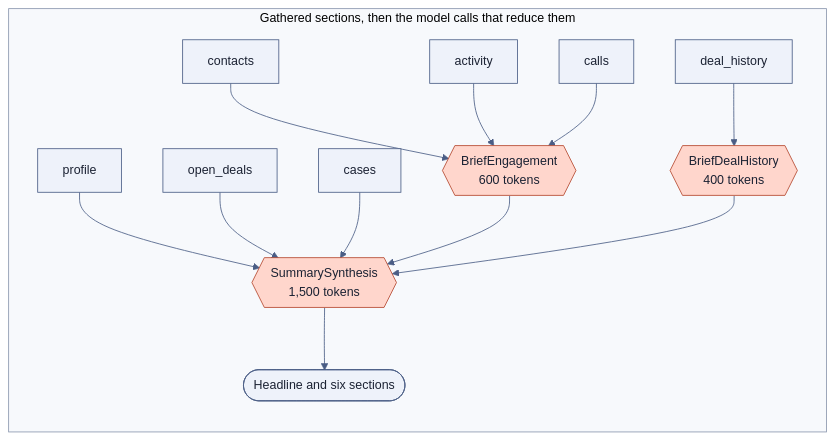
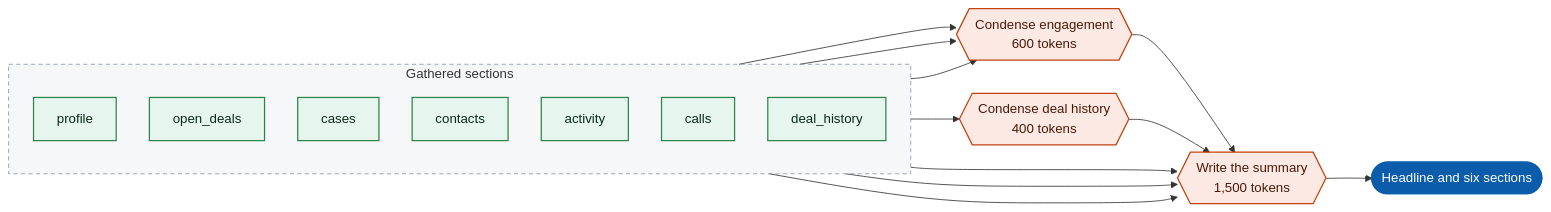
Before and after one commit to nelsben/generic-agent: the third of 3 diagrams in docs/patterns/01-route-gather-reduce.md, drawn with Mermaid. The commit also changed other lines of this file and 4 other files, not shown here.

First line of the commit message:
Diagrams: GitHub-adaptive style, checked rules, page 01 restyled (#302)

````diff
--- a/docs/patterns/01-route-gather-reduce.md
+++ b/docs/patterns/01-route-gather-reduce.md
@@ -176,18 +193,40 @@
 ```mermaid
-%%{init: {"theme": "base", "themeVariables": {"fontFamily": "-apple-system, BlinkMacSystemFont, Segoe UI, Helvetica, Arial, sans-serif", "fontSize": "15px", "primaryColor": "#EEF2FA", "primaryBorderColor": "#4A5D85", "primaryTextColor": "#1B2233", "secondaryColor": "#F4F6F9", "tertiaryColor": "#FFFFFF", "lineColor": "#4A5D85", "textColor": "#1B2233", "actorBkg": "#EEF2FA", "actorBorder": "#4A5D85", "actorTextColor": "#1B2233", "actorLineColor": "#8A96AD", "signalColor": "#4A5D85", "signalTextColor": "#1B2233", "labelBoxBkgColor": "#FFFFFF", "labelBoxBorderColor": "#4A5D85", "labelTextColor": "#1B2233", "loopTextColor": "#1B2233", "noteBkgColor": "#FFFFFF", "noteBorderColor": "#8A96AD", "noteTextColor": "#1B2233", "sequenceNumberColor": "#FFFFFF", "activationBkgColor": "#DDE4F2", "activationBorderColor": "#4A5D85", "clusterBkg": "#F7F9FC", "clusterBorder": "#8A96AD", "edgeLabelBackground": "#FFFFFF"}}}%%
+---
+config:
+  layout: dagre
+  flowchart:
+    curve: basis
+    nodeSpacing: 40
+    rankSpacing: 55
+    wrappingWidth: 220
+    padding: 14
+---
 flowchart LR
-    subgraph RS["Gathered sections, then the model calls that reduce them"]
-        P["profile"] --> SY
-        OD["open_deals"] --> SY
-        C["cases"] --> SY
-        CT["contacts"] --> EN
-        AC["activity"] --> EN
-        CA["calls"] --> EN
-        DH["deal_history"] --> DHP
-        EN{{"BriefEngagement<br/>600 tokens"}} --> SY
-        DHP{{"BriefDealHistory<br/>400 tokens"}} --> SY
-        SY{{"SummarySynthesis<br/>1,500 tokens"}} --> OUT(["Headline and six sections"])
+    subgraph IN["Gathered sections"]
+        direction TB
+        P["profile"]
+        OD["open_deals"]
+        C["cases"]
+        CT["contacts"]
+        AC["activity"]
+        CA["calls"]
+        DH["deal_history"]
     end
-    classDef model fill:#FFD6CC,stroke:#B5482E,color:#1B2233
+    EN{{"Condense engagement<br/>600 tokens"}}
+    DHP{{"Condense deal history<br/>400 tokens"}}
+    SY{{"Write the summary<br/>1,500 tokens"}}
+    OUT(["Headline and six sections"])
+    CT & AC & CA --> EN
+    DH --> DHP
+    P & OD & C --> SY
+    EN & DHP --> SY
+    SY --> OUT
+    classDef core fill:#0B5CAB,stroke:#0B5CAB,color:#FFFFFF,stroke-width:1.5px
+    classDef apex fill:#E6F6EE,stroke:#2E844A,color:#0B2A1A,stroke-width:1.5px
+    classDef model fill:#FDE9E3,stroke:#C2410C,color:#4A1A08,stroke-width:1.5px
+    classDef zone fill:#8A96AD14,stroke:#8A96AD,stroke-width:1px,stroke-dasharray:5 4
+    class P,OD,C,CT,AC,CA,DH apex
     class EN,DHP,SY model
+    class OUT core
+    class IN zone
 ```
````
